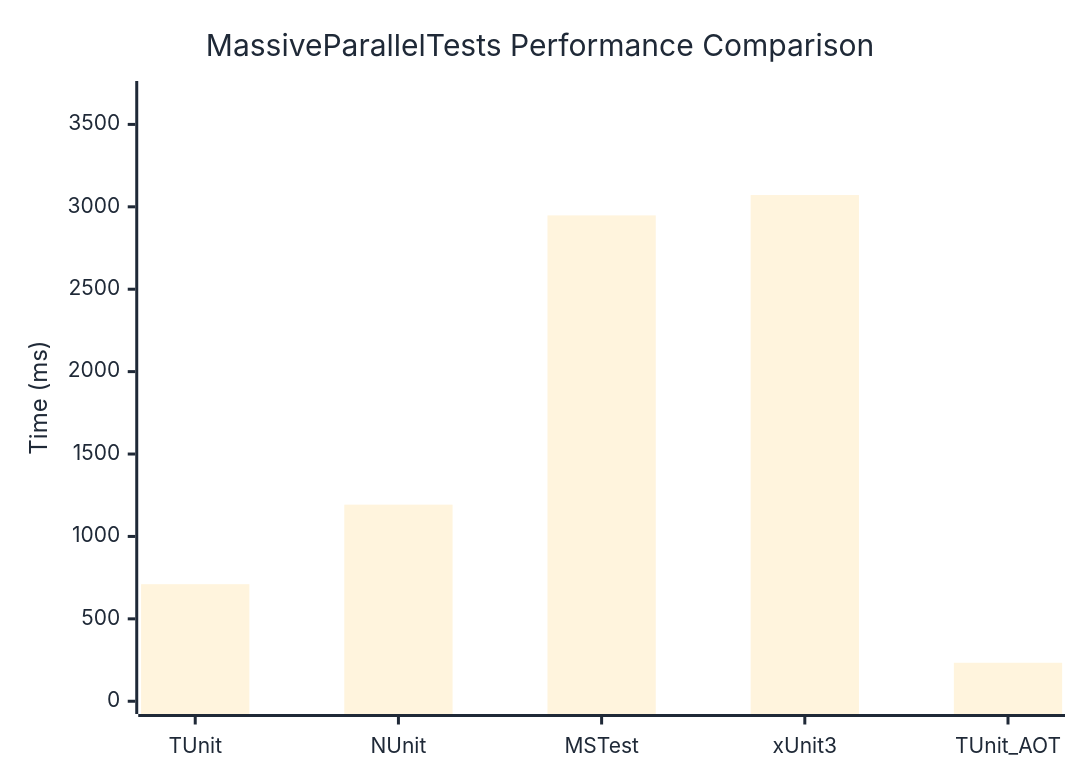
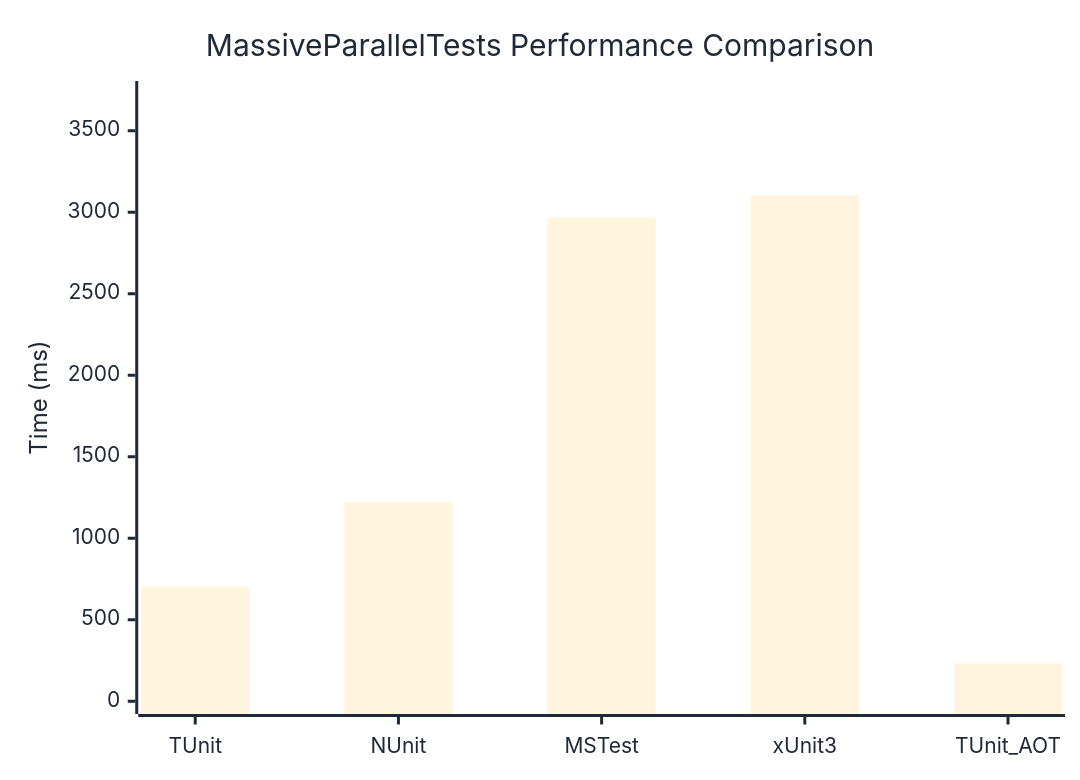
The diagram in docs/docs/benchmarks/MassiveParallelTests.md (thomhurst/TUnit), drawn with Mermaid before and after one commit. The commit also changed other lines of this file and 17 other files, not shown here.

````diff
--- a/docs/docs/benchmarks/MassiveParallelTests.md
+++ b/docs/docs/benchmarks/MassiveParallelTests.md
@@ -27,37 +27,37 @@
 ```mermaid
 %%{init: {
   'theme':'base',
   'themeVariables': {
     'primaryColor': '#2563eb',
     'primaryTextColor': '#1f2937',
     'primaryBorderColor': '#1e40af',
     'lineColor': '#6b7280',
     'secondaryColor': '#7c3aed',
     'tertiaryColor': '#dc2626',
     'background': '#ffffff',
     'mainBkg': '#2563eb',
     'secondBkg': '#7c3aed',
     'tertiaryBkg': '#dc2626',
     'clusterBkg': '#f3f4f6',
     'edgeLabelBackground': '#ffffff',
     'tertiaryTextColor': '#1f2937',
     'pie1': '#2563eb',
     'pie2': '#7c3aed',
     'pie3': '#dc2626',
     'pie4': '#f59e0b',
     'pie5': '#10b981',
     'pie6': '#06b6d4',
     'pie7': '#ec4899',
     'pie8': '#6366f1',
     'pie9': '#84cc16',
     'pie10': '#f97316',
     'pie11': '#14b8a6',
     'pie12': '#a855f7'
   }
 }}%%
 xychart-beta
   title "MassiveParallelTests Performance Comparison"
   x-axis ["TUnit", "NUnit", "MSTest", "xUnit3", "TUnit_AOT"]
-  y-axis "Time (ms)" 0 --> 3686
-  bar [710.3, 1192.8, 2947.9, 3071.4, 233.5]
+  y-axis "Time (ms)" 0 --> 3727
+  bar [702.7, 1219.4, 2964.9, 3105.4, 231.5]
 ```
````
